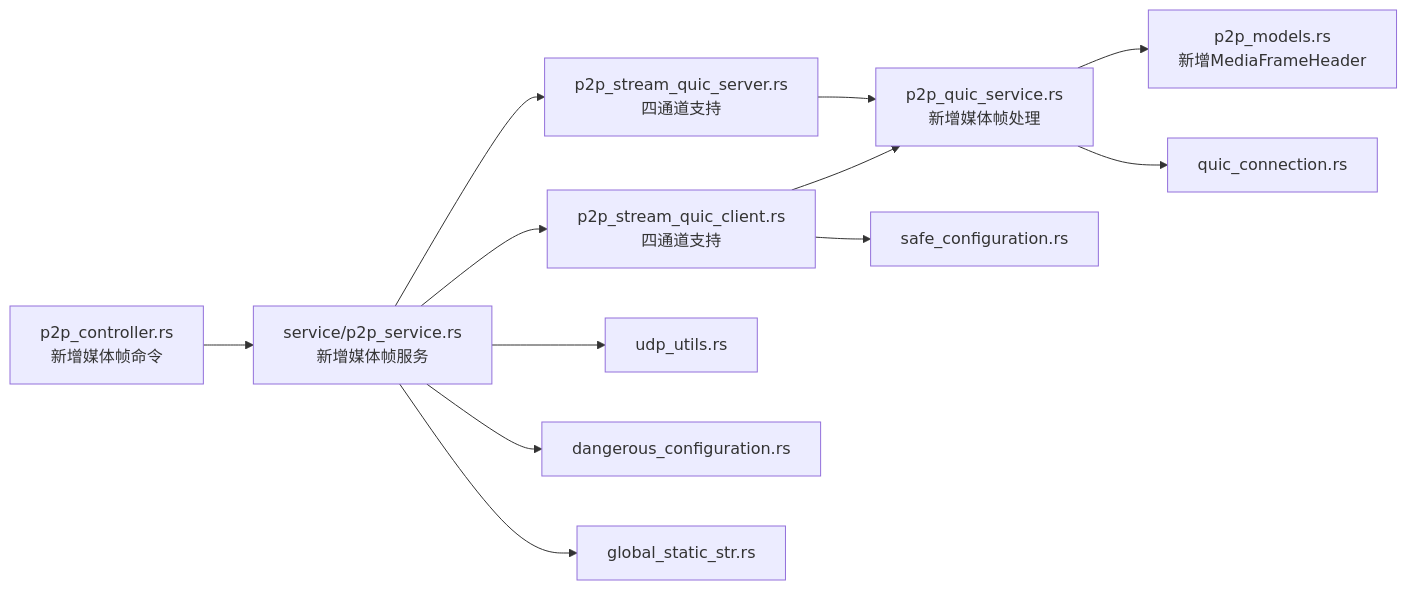
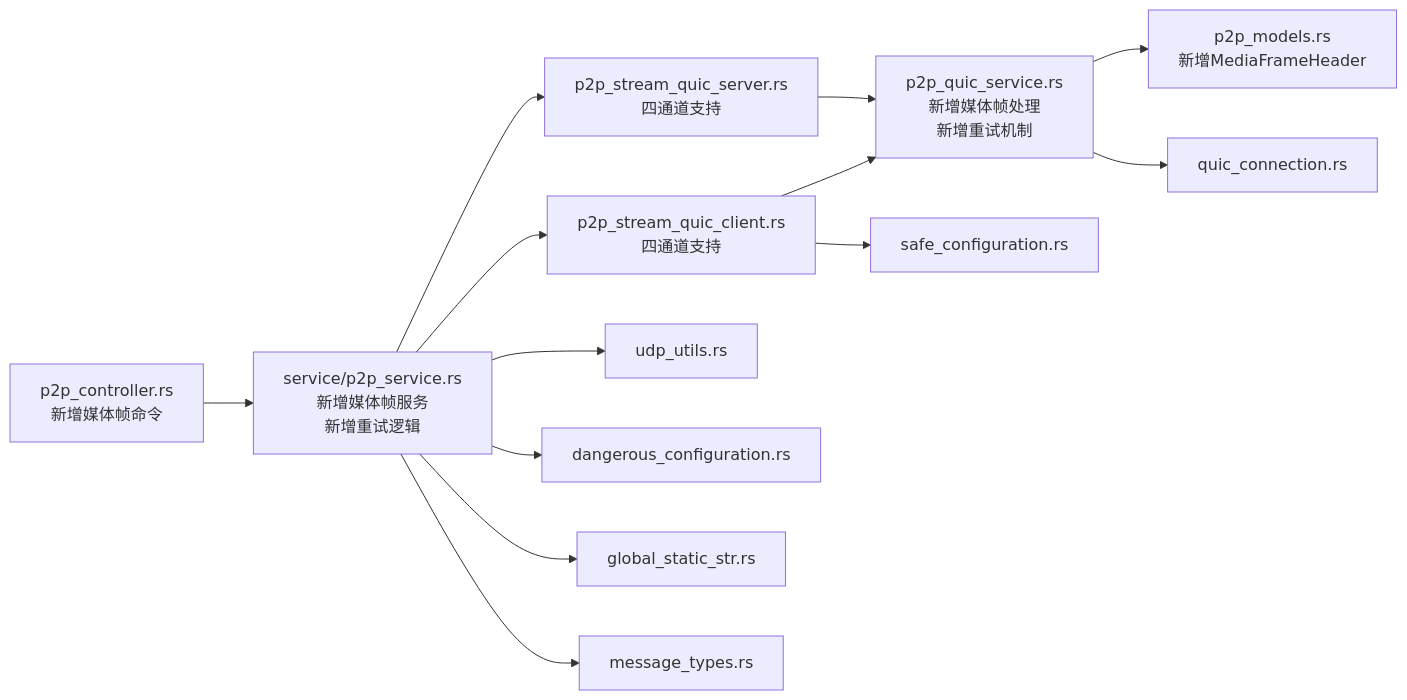
One commit to nicolastinger/only-talk-app changed diagram 12 of 18 in .qoder/repowiki/zh/content/后端服务/P2P服务.md. Above: the diagram before and after it, drawn with Mermaid. The commit also changed other lines of this file and 17 other files, not shown here.

````diff
--- a/.qoder/repowiki/zh/content/后端服务/P2P服务.md
+++ b/.qoder/repowiki/zh/content/后端服务/P2P服务.md
@@ -726,14 +823,15 @@
 ```mermaid
 graph LR
-CMD["p2p_controller.rs<br/>新增媒体帧命令"] --> SVC["service/p2p_service.rs<br/>新增媒体帧服务"]
+CMD["p2p_controller.rs<br/>新增媒体帧命令"] --> SVC["service/p2p_service.rs<br/>新增媒体帧服务<br/>新增重试逻辑"]
 SVC --> CLI["p2p_stream_quic_client.rs<br/>四通道支持"]
 SVC --> SRV["p2p_stream_quic_server.rs<br/>四通道支持"]
-CLI --> CORE["p2p_quic_service.rs<br/>新增媒体帧处理"]
+CLI --> CORE["p2p_quic_service.rs<br/>新增媒体帧处理<br/>新增重试机制"]
 SRV --> CORE
 SVC --> UDP["udp_utils.rs"]
 CORE --> MODELS["p2p_models.rs<br/>新增MediaFrameHeader"]
 SVC --> CFG_D["dangerous_configuration.rs"]
 CLI --> CFG_S["safe_configuration.rs"]
 CORE --> QCONN["quic_connection.rs"]
 SVC --> GLOB["global_static_str.rs"]
+SVC --> MT["message_types.rs"]
 ```
````
